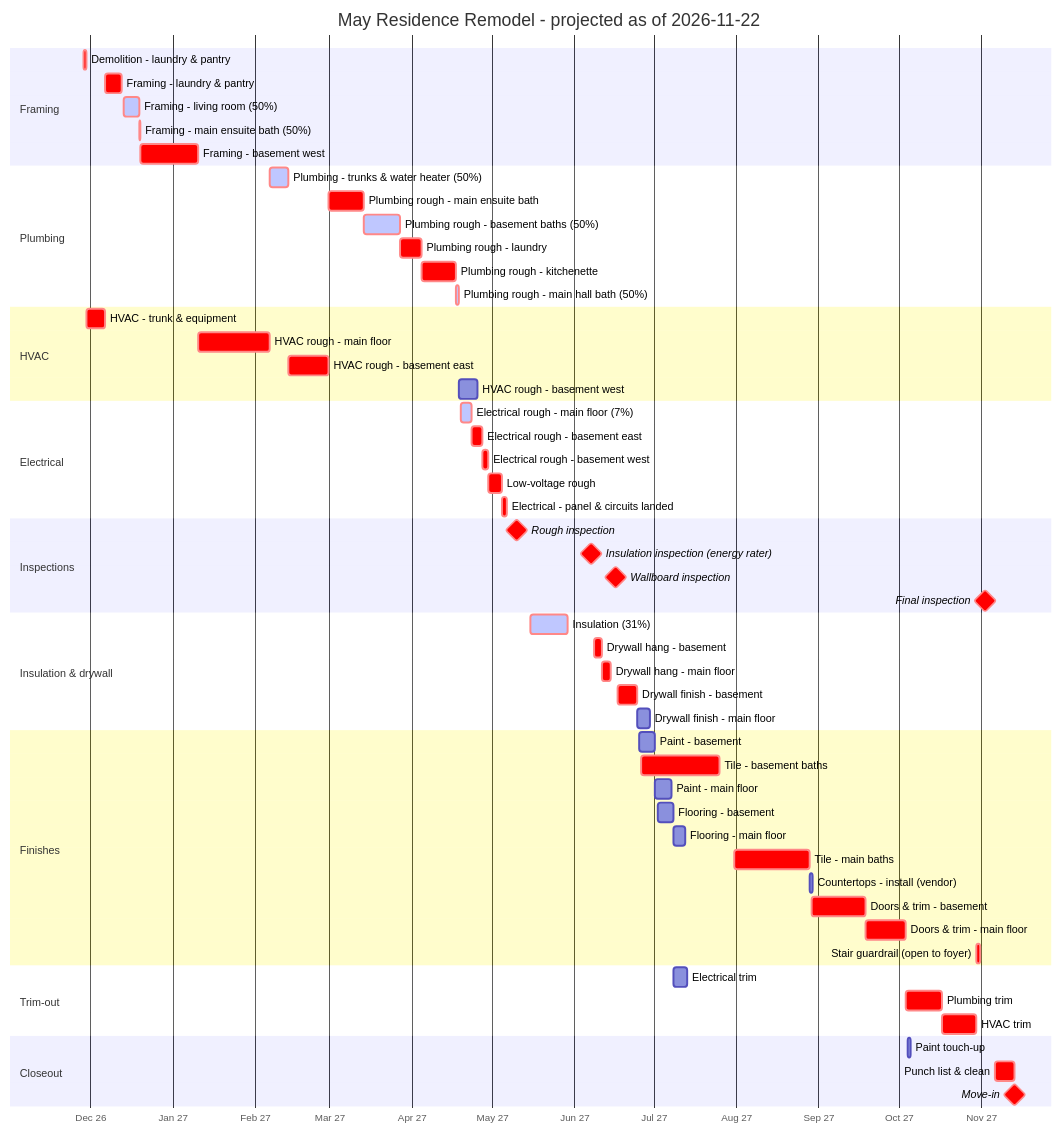
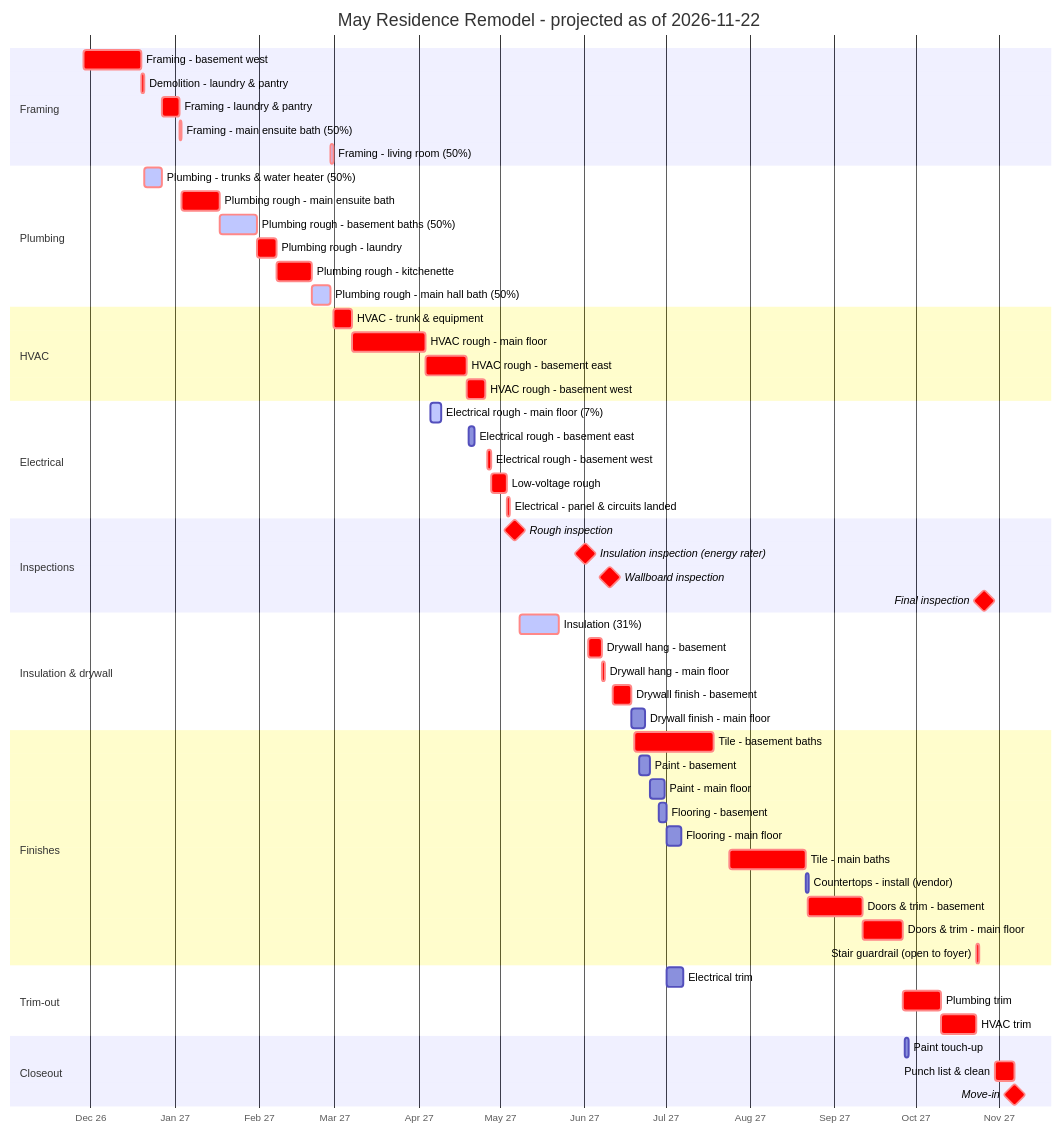
Before and after one commit to jsharkey/billings: the diagram in SCHEDULE.md, drawn with Mermaid. The commit also changed other lines of this file and 4 other files, not shown here.

First line of the commit message:
Cluster HVAC after plumbing; editable status on the progress page

````diff
--- a/SCHEDULE.md
+++ b/SCHEDULE.md
@@ -17,62 +17,62 @@
 ```mermaid
 gantt
     title May Residence Remodel - projected as of 2026-11-22
     dateFormat YYYY-MM-DD HH:mm
     axisFormat %b %y
     tickInterval 1month
     todayMarker off
     section Framing
-    Demolition - laundry & pantry :crit, demo_main_laundry, 2026-11-28 08:00, 2026-11-29 10:00
-    Framing - laundry & pantry :crit, fram_main_laundry, 2026-12-06 10:00, 2026-12-12 16:00
-    Framing - living room (50%) :active, crit, fram_main_living, 2026-12-13 08:00, 2026-12-19 08:24
-    Framing - main ensuite bath (50%) :active, crit, fram_main_s_bath, 2026-12-19 08:24, 2026-12-19 14:00
-    Framing - basement west :crit, fram_bsmt_west, 2026-12-19 14:00, 2027-01-10 09:48
+    Framing - basement west :crit, fram_bsmt_west, 2026-11-28 08:00, 2026-12-19 11:48
+    Demolition - laundry & pantry :crit, demo_main_laundry, 2026-12-19 11:48, 2026-12-20 13:48
+    Framing - laundry & pantry :crit, fram_main_laundry, 2026-12-27 09:48, 2027-01-02 15:48
+    Framing - main ensuite bath (50%) :active, crit, fram_main_s_bath, 2027-01-02 15:48, 2027-01-03 13:24
+    Framing - living room (50%) :active, crit, fram_main_living, 2027-02-27 10:24, 2027-02-28 10:48
     section Plumbing
-    Plumbing - trunks & water heater (50%) :active, crit, plum_house, 2027-02-06 13:48, 2027-02-13 09:48
-    Plumbing rough - main ensuite bath :crit, plum_main_s_bath, 2027-02-28 09:48, 2027-03-13 15:48
-    Plumbing rough - basement baths (50%) :active, crit, plum_bsmt_baths, 2027-03-13 15:48, 2027-03-27 13:48
-    Plumbing rough - laundry :crit, plum_main_laundry, 2027-03-27 13:48, 2027-04-04 11:48
-    Plumbing rough - kitchenette :crit, plum_bsmt_kitchenette, 2027-04-04 11:48, 2027-04-17 09:48
-    Plumbing rough - main hall bath (50%) :active, crit, plum_main_n_bath, 2027-04-17 09:48, 2027-04-18 14:48
+    Plumbing - trunks & water heater (50%) :active, crit, plum_house, 2026-12-20 13:48, 2026-12-27 09:48
+    Plumbing rough - main ensuite bath :crit, plum_main_s_bath, 2027-01-03 13:24, 2027-01-17 11:24
+    Plumbing rough - basement baths (50%) :active, crit, plum_bsmt_baths, 2027-01-17 11:24, 2027-01-31 09:24
+    Plumbing rough - laundry :crit, plum_main_laundry, 2027-01-31 09:24, 2027-02-07 15:24
+    Plumbing rough - kitchenette :crit, plum_bsmt_kitchenette, 2027-02-07 15:24, 2027-02-20 13:24
+    Plumbing rough - main hall bath (50%) :active, crit, plum_main_n_bath, 2027-02-20 13:24, 2027-02-27 10:24
     section HVAC
-    HVAC - trunk & equipment :crit, hvac_house, 2026-11-29 10:00, 2026-12-06 10:00
-    HVAC rough - main floor :crit, hvac_main, 2027-01-10 09:48, 2027-02-06 13:48
-    HVAC rough - basement east :crit, hvac_bsmt_east, 2027-02-13 09:48, 2027-02-28 09:48
-    HVAC rough - basement west :hvac_bsmt_west, 2027-04-18 14:48, 2027-04-25 14:48
+    HVAC - trunk & equipment :crit, hvac_house, 2027-02-28 10:48, 2027-03-07 10:48
+    HVAC rough - main floor :crit, hvac_main, 2027-03-07 10:48, 2027-04-03 14:48
+    HVAC rough - basement east :crit, hvac_bsmt_east, 2027-04-03 14:48, 2027-04-18 14:48
+    HVAC rough - basement west :crit, hvac_bsmt_west, 2027-04-18 14:48, 2027-04-25 14:48
     section Electrical
-    Electrical rough - main floor (7%) :active, crit, elec_main, 2027-04-19 08:00, 2027-04-23 08:24
-    Electrical rough - basement east :crit, elec_bsmt_east, 2027-04-23 08:24, 2027-04-27 14:24
-    Electrical rough - basement west :crit, elec_bsmt_west, 2027-04-27 14:24, 2027-04-29 13:12
-    Low-voltage rough :crit, lowv_all, 2027-04-29 13:12, 2027-05-04 15:12
-    Electrical - panel & circuits landed :crit, elec_panel, 2027-05-04 15:12, 2027-05-06 11:12
+    Electrical rough - main floor (7%) :active, elec_main, 2027-04-05 08:00, 2027-04-09 08:24
+    Electrical rough - basement east :elec_bsmt_east, 2027-04-19 08:00, 2027-04-21 14:00
+    Electrical rough - basement west :crit, elec_bsmt_west, 2027-04-26 08:00, 2027-04-27 14:48
+    Low-voltage rough :crit, lowv_all, 2027-04-27 14:48, 2027-05-03 08:48
+    Electrical - panel & circuits landed :crit, elec_panel, 2027-05-03 08:48, 2027-05-04 12:48
     section Inspections
-    Rough inspection :milestone, crit, insp_rough, 2027-05-10 12:00, 0d
-    Insulation inspection (energy rater) :milestone, crit, insp_insl, 2027-06-07 12:00, 0d
-    Wallboard inspection :milestone, crit, insp_board, 2027-06-16 12:00, 0d
-    Final inspection :milestone, crit, insp_final, 2027-11-02 12:00, 0d
+    Rough inspection :milestone, crit, insp_rough, 2027-05-06 12:00, 0d
+    Insulation inspection (energy rater) :milestone, crit, insp_insl, 2027-06-01 12:00, 0d
+    Wallboard inspection :milestone, crit, insp_board, 2027-06-10 12:00, 0d
+    Final inspection :milestone, crit, insp_final, 2027-10-26 12:00, 0d
     section Insulation & drywall
-    Insulation (31%) :active, crit, insl_all, 2027-05-15 08:00, 2027-05-29 12:00
-    Drywall hang - basement :crit, dryw_hang_bsmt, 2027-06-08 08:00, 2027-06-11 09:46
-    Drywall hang - main floor :crit, dryw_hang_main, 2027-06-11 09:46, 2027-06-14 13:10
-    Drywall finish - basement :crit, dryw_fin_bsmt, 2027-06-17 08:00, 2027-06-24 12:10
-    Drywall finish - main floor :dryw_fin_main, 2027-06-24 12:10, 2027-06-29 09:46
+    Insulation (31%) :active, crit, insl_all, 2027-05-08 08:00, 2027-05-22 12:00
+    Drywall hang - basement :crit, dryw_hang_bsmt, 2027-06-02 08:00, 2027-06-07 09:46
+    Drywall hang - main floor :crit, dryw_hang_main, 2027-06-07 09:46, 2027-06-08 13:10
+    Drywall finish - basement :crit, dryw_fin_bsmt, 2027-06-11 08:00, 2027-06-18 12:10
+    Drywall finish - main floor :dryw_fin_main, 2027-06-18 12:10, 2027-06-23 09:46
     section Finishes
-    Paint - basement :pant_bsmt, 2027-06-25 08:00, 2027-07-01 08:02
-    Tile - basement baths :crit, tile_bsmt_baths, 2027-06-26 08:00, 2027-07-25 16:00
-    Paint - main floor :pant_main, 2027-07-01 08:02, 2027-07-07 15:22
-    Flooring - basement :flor_bsmt, 2027-07-02 08:00, 2027-07-08 08:38
-    Flooring - main floor :flor_main, 2027-07-08 08:38, 2027-07-12 16:00
-    Tile - main baths :crit, tile_main_baths, 2027-07-31 08:00, 2027-08-28 16:00
-    Countertops - install (vendor) :ctop_install, 2027-08-28 16:00, 2027-08-29 16:00
-    Doors & trim - basement :crit, trim_bsmt, 2027-08-29 08:00, 2027-09-18 12:10
-    Doors & trim - main floor :crit, trim_main, 2027-09-18 12:10, 2027-10-03 13:55
-    Stair guardrail (open to foyer) :crit, rail_stair, 2027-10-30 09:55, 2027-10-31 13:55
+    Tile - basement baths :crit, tile_bsmt_baths, 2027-06-19 08:00, 2027-07-18 16:00
+    Paint - basement :pant_bsmt, 2027-06-21 08:00, 2027-06-25 08:02
+    Paint - main floor :pant_main, 2027-06-25 08:02, 2027-06-30 15:22
+    Flooring - basement :flor_bsmt, 2027-06-28 08:00, 2027-07-01 08:38
+    Flooring - main floor :flor_main, 2027-07-01 08:38, 2027-07-06 16:00
+    Tile - main baths :crit, tile_main_baths, 2027-07-24 08:00, 2027-08-21 16:00
+    Countertops - install (vendor) :ctop_install, 2027-08-21 16:00, 2027-08-22 16:00
+    Doors & trim - basement :crit, trim_bsmt, 2027-08-22 08:00, 2027-09-11 12:10
+    Doors & trim - main floor :crit, trim_main, 2027-09-11 12:10, 2027-09-26 13:55
+    Stair guardrail (open to foyer) :crit, rail_stair, 2027-10-23 09:55, 2027-10-24 13:55
     section Trim-out
-    Electrical trim :elec_trim, 2027-07-08 08:00, 2027-07-13 15:36
-    Plumbing trim :crit, plum_trim, 2027-10-03 13:55, 2027-10-17 09:55
-    HVAC trim :crit, hvac_trim, 2027-10-17 09:55, 2027-10-30 09:55
+    Electrical trim :elec_trim, 2027-07-01 08:00, 2027-07-07 15:36
+    Plumbing trim :crit, plum_trim, 2027-09-26 13:55, 2027-10-10 09:55
+    HVAC trim :crit, hvac_trim, 2027-10-10 09:55, 2027-10-23 09:55
     section Closeout
-    Paint touch-up :pant_touchup, 2027-10-04 08:00, 2027-10-05 16:00
-    Punch list & clean :crit, punch_clean, 2027-11-06 08:00, 2027-11-13 16:00
-    Move-in :milestone, crit, mile_movein, 2027-11-13 16:00, 0d
+    Paint touch-up :pant_touchup, 2027-09-27 08:00, 2027-09-28 16:00
+    Punch list & clean :crit, punch_clean, 2027-10-30 08:00, 2027-11-06 16:00
+    Move-in :milestone, crit, mile_movein, 2027-11-06 16:00, 0d
 ```
````
